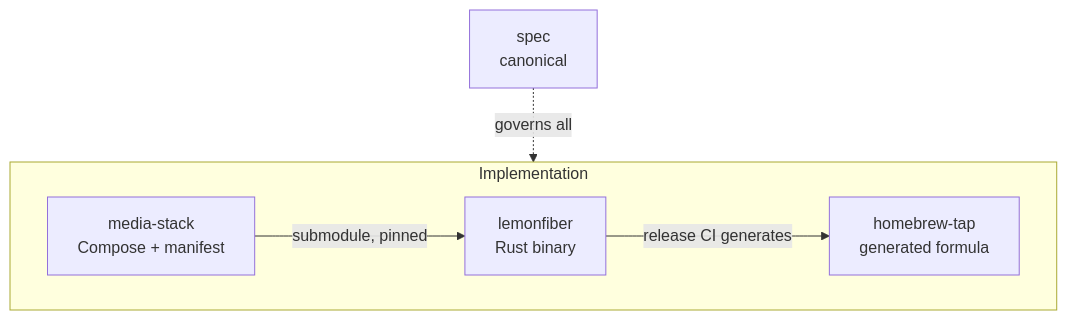
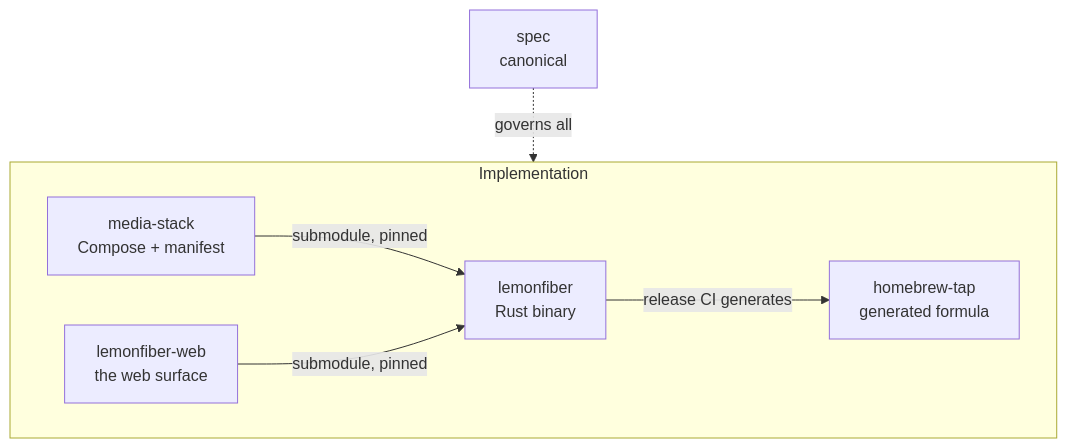
The diagram in 30-repos/README.md (lemonfiber/spec), drawn with Mermaid before and after one commit. The commit also changed other lines of this file and 4 other files, not shown here.

First line of the commit message:
feat(contracts): say what the web surface may ask for

````diff
--- a/30-repos/README.md
+++ b/30-repos/README.md
@@ -13,14 +13,16 @@
 ```mermaid
 flowchart TD
     spec[spec<br/>canonical]
 
     subgraph impl[Implementation]
         lemonfiber[lemonfiber<br/>Rust binary]
         stack[media-stack<br/>Compose + manifest]
+        web[lemonfiber-web<br/>the web surface]
         tap[homebrew-tap<br/>generated formula]
     end
 
     stack -->|submodule, pinned| lemonfiber
+    web -->|submodule, pinned| lemonfiber
     lemonfiber -->|release CI generates| tap
     spec -.->|governs all| impl
 ```
````
